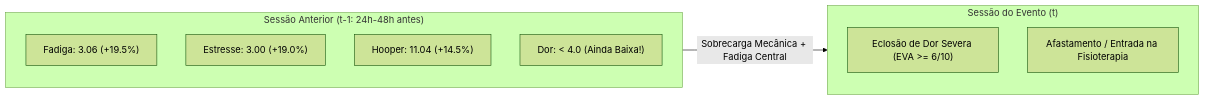
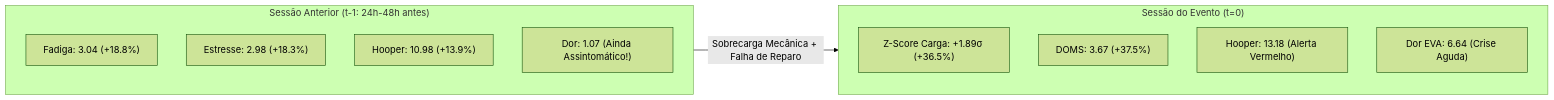
The fourth of 5 diagrams in docs/ENSAIO-PREDICAO-LESOES-OLYMPICO.md (lucaaregis4r-ops/Controle-de-carga-), drawn with Mermaid (forest theme) before and after one commit. The commit also changed other lines of this file, not shown here.

Commit message:
docs: adiciona analise longitudinal da carga e indices fisiologicos no momento exato da lesao (t=0)

````diff
--- a/docs/ENSAIO-PREDICAO-LESOES-OLYMPICO.md
+++ b/docs/ENSAIO-PREDICAO-LESOES-OLYMPICO.md
@@ -173,18 +219,20 @@
 ```mermaid
 flowchart LR
     subgraph FasePrevia["Sessão Anterior (t-1: 24h-48h antes)"]
         direction TB
-        F["Fadiga: 3.06 (+19.5%)"]
-        S["Estresse: 3.00 (+19.0%)"]
-        H["Hooper: 11.04 (+14.5%)"]
-        D["Dor: < 4.0 (Ainda Baixa!)"]
+        F["Fadiga: 3.04 (+18.8%)"]
+        S["Estresse: 2.98 (+18.3%)"]
+        H["Hooper: 10.98 (+13.9%)"]
+        D["Dor: 1.07 (Ainda Assintomático!)"]
     end
 
-    subgraph EventoCritico["Sessão do Evento (t)"]
+    subgraph MomentoLesao["Sessão do Evento (t=0)"]
         direction TB
-        P["Eclosão de Dor Severa (EVA >= 6/10)"]
-        L["Afastamento / Entrada na Fisioterapia"]
+        Z["Z-Score Carga: +1.89σ (+36.5%)"]
+        DOMS["DOMS: 3.67 (+37.5%)"]
+        Hooper0["Hooper: 13.18 (Alerta Vermelho)"]
+        Dor0["Dor EVA: 6.64 (Crise Aguda)"]
     end
 
-    FasePrevia -->|"Sobrecarga Mecânica + Fadiga Central"| EventoCritico
+    FasePrevia -->|"Sobrecarga Mecânica + Falha de Reparo"| MomentoLesao
 ```
````
